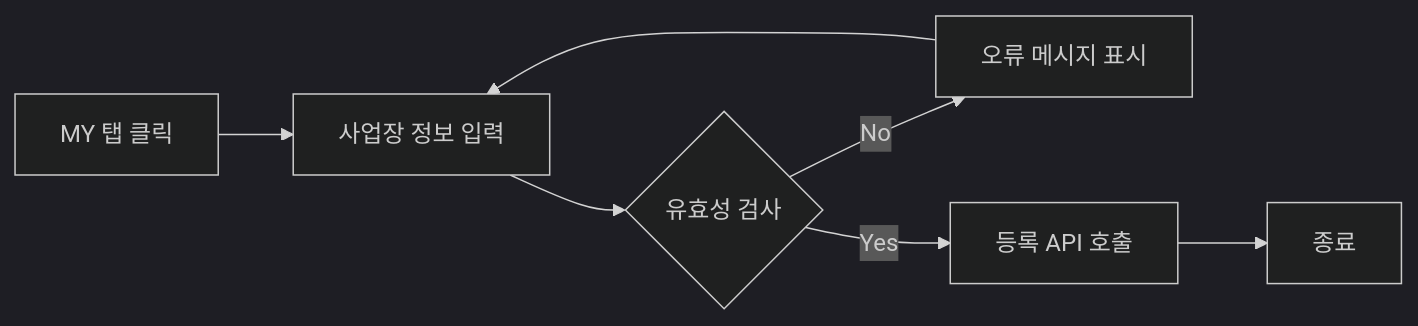
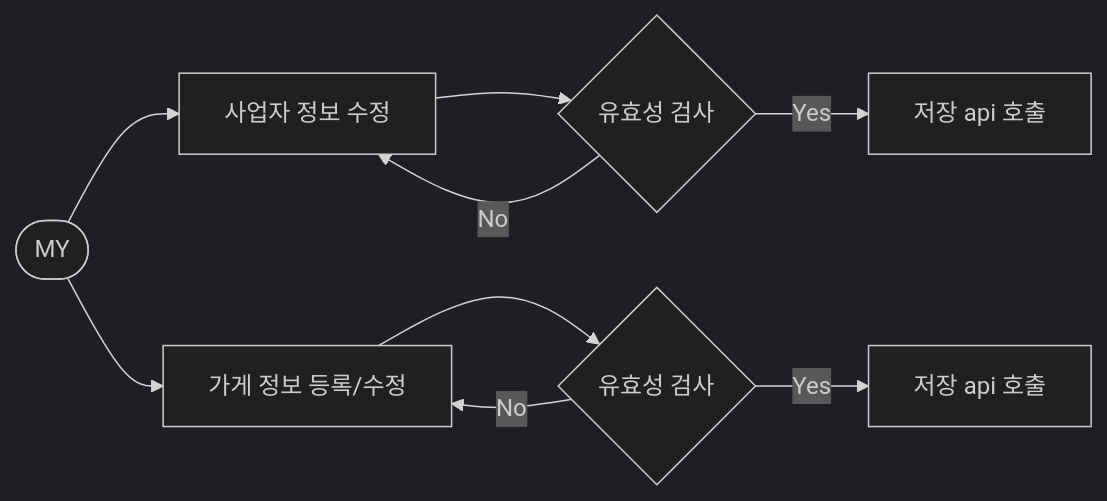
The fifth of 13 diagrams in design/기능정의서.md (Dev-FE-3/team4-phoenix-CustomService), drawn with Mermaid (dark theme) before and after one commit. The commit also changed other lines of this file, not shown here.

````diff
--- a/design/기능정의서.md
+++ b/design/기능정의서.md
@@ -188,6 +215,12 @@
 ```mermaid
 flowchart LR
- A[MY 탭 클릭]--> B[사업장 정보 입력]--> E{유효성 검사}
-  E -->|No| F[오류 메시지 표시] --> B
-  E -->|Yes| G[등록 API 호출] -->H[종료]
+ A([MY])--> B[사업자 정보 수정]
+ B--> C{유효성 검사}
+ C--> |Yes|C1[저장 api 호출 ]
+ C--> |No|B
+ 
+ A--> D[가게 정보 등록/수정 ]
+ D--> E{유효성 검사}
+ E--> |Yes|F1[저장 api 호출 ]
+ E--> |No|D
 ```
````
